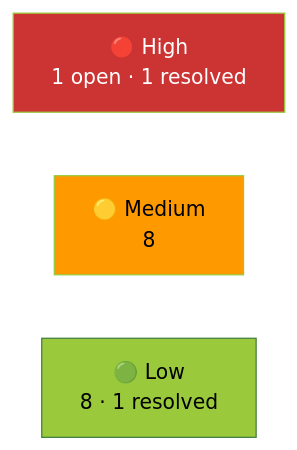
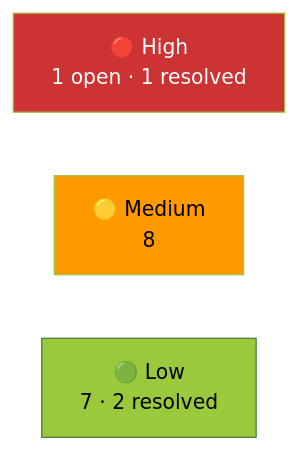
One commit to marcelofrau/xb-homebrew-vault changed the diagram in docs/tech-debt.md. Above: the diagram before and after it, drawn with Mermaid. The commit also changed other lines of this file and 37 other files, not shown here.

````diff
--- a/docs/tech-debt.md
+++ b/docs/tech-debt.md
@@ -266,10 +264,10 @@
 ```mermaid
 graph LR
     H["🔴 High<br/>1 open · 1 resolved"]
     M["🟡 Medium<br/>8"]
-    L["🟢 Low<br/>8 · 1 resolved"]
+    L["🟢 Low<br/>7 · 2 resolved"]
     
     style H fill:#CC3333,stroke:#9ACA3C,color:#fff
     style M fill:#FF9900,stroke:#9ACA3C,color:#000
     style L fill:#9ACA3C,stroke:#447F3E,color:#000
 ```
````
